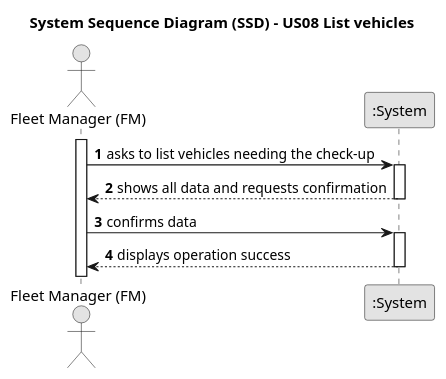
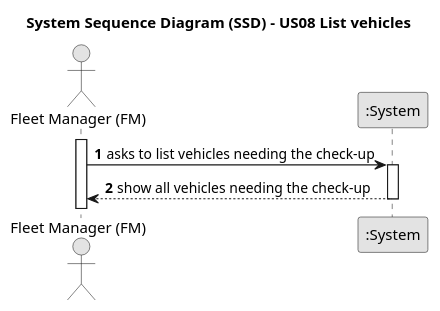
One commit to Departamento-de-Engenharia-Informatica/lei-24-s2-1db-g022 changed the diagram in docs/sprint2/us08/01.requirements-engineering/puml/us08-system-sequence-diagram.puml. Above: the diagram before and after it, drawn with PlantUML.

Commit message:
Sequence Diagram US08

```diff
--- a/docs/sprint2/us08/01.requirements-engineering/puml/us08-system-sequence-diagram.puml
+++ b/docs/sprint2/us08/01.requirements-engineering/puml/us08-system-sequence-diagram.puml
@@ -1,27 +1,23 @@
 @startuml
 skinparam monochrome true
 skinparam packageStyle rectangle
 skinparam shadowing false
 
 title System Sequence Diagram (SSD) - US08 List vehicles
 
 autonumber
 
 actor "Fleet Manager (FM)" as FM
 participant ":System" as System
 
 activate FM
 
     FM -> System : asks to list vehicles needing the check-up
     activate System
 
-        System --> FM : shows all data and requests confirmation
-    deactivate System
 
-    FM -> System : confirms data
-    activate System
 
-        System --> FM : displays operation success
+        System --> FM : show all vehicles needing the check-up
     deactivate System
 
 @enduml
```
